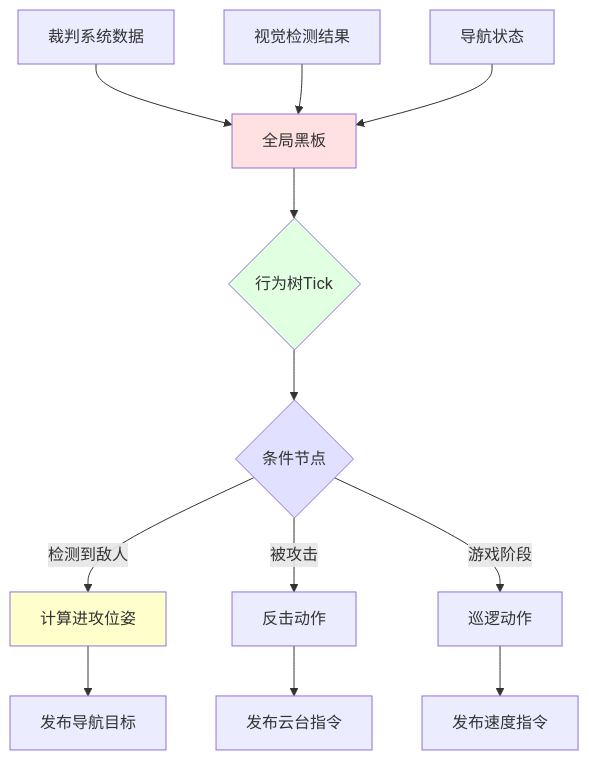
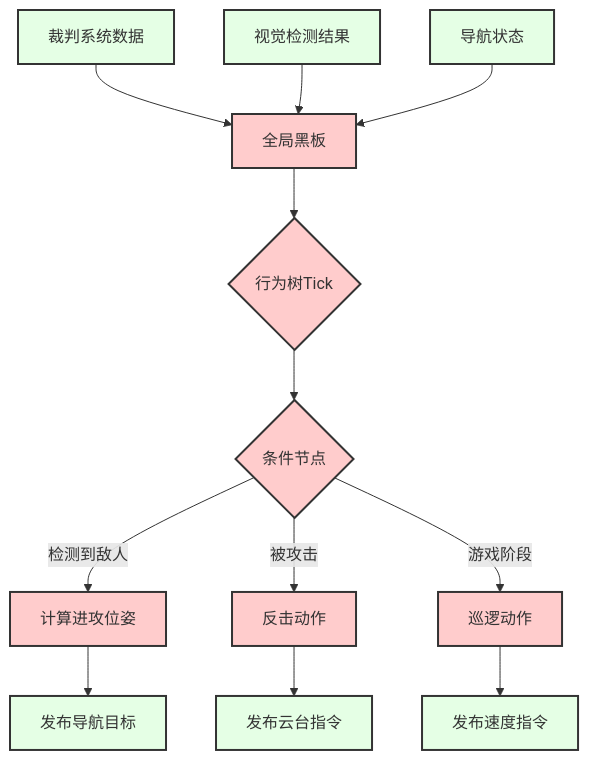
One commit to happywosabi/pb2025_sentry_ws changed the fourth of 7 diagrams in docs/01_系统架构.md. Above: the diagram before and after it, drawn with Mermaid. The commit also changed other lines of this file and 9 other files, not shown here.

````diff
--- a/docs/01_系统架构.md
+++ b/docs/01_系统架构.md
@@ -178,22 +188,23 @@
 ```mermaid
 graph TB
     A[裁判系统数据] --> B[全局黑板]
     C[视觉检测结果] --> B
     D[导航状态] --> B
 
     B --> E{行为树Tick}
 
     E --> F{条件节点}
     F --> |检测到敌人| G[计算进攻位姿]
     F --> |被攻击| H[反击动作]
     F --> |游戏阶段| I[巡逻动作]
 
     G --> J[发布导航目标]
     H --> K[发布云台指令]
     I --> L[发布速度指令]
 
-    style B fill:#ffe1e1
-    style E fill:#e1ffe1
-    style F fill:#e1e1ff
-    style G fill:#ffffcc
+    classDef dataClass fill:#E5FFE5,stroke:#333,stroke-width:2px
+    classDef decisionClass fill:#FFCCCC,stroke:#333,stroke-width:2px
+
+    class A,C,D,J,K,L dataClass
+    class B,E,F,G,H,I decisionClass
 ```
````
